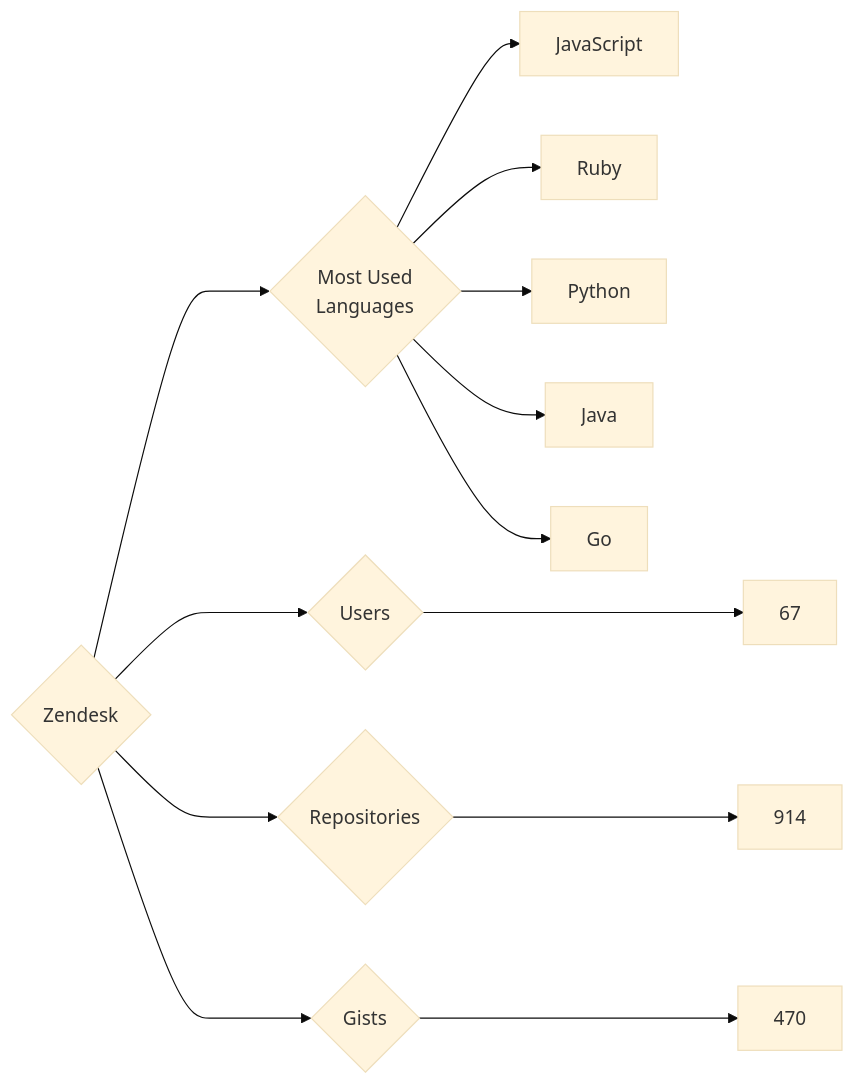
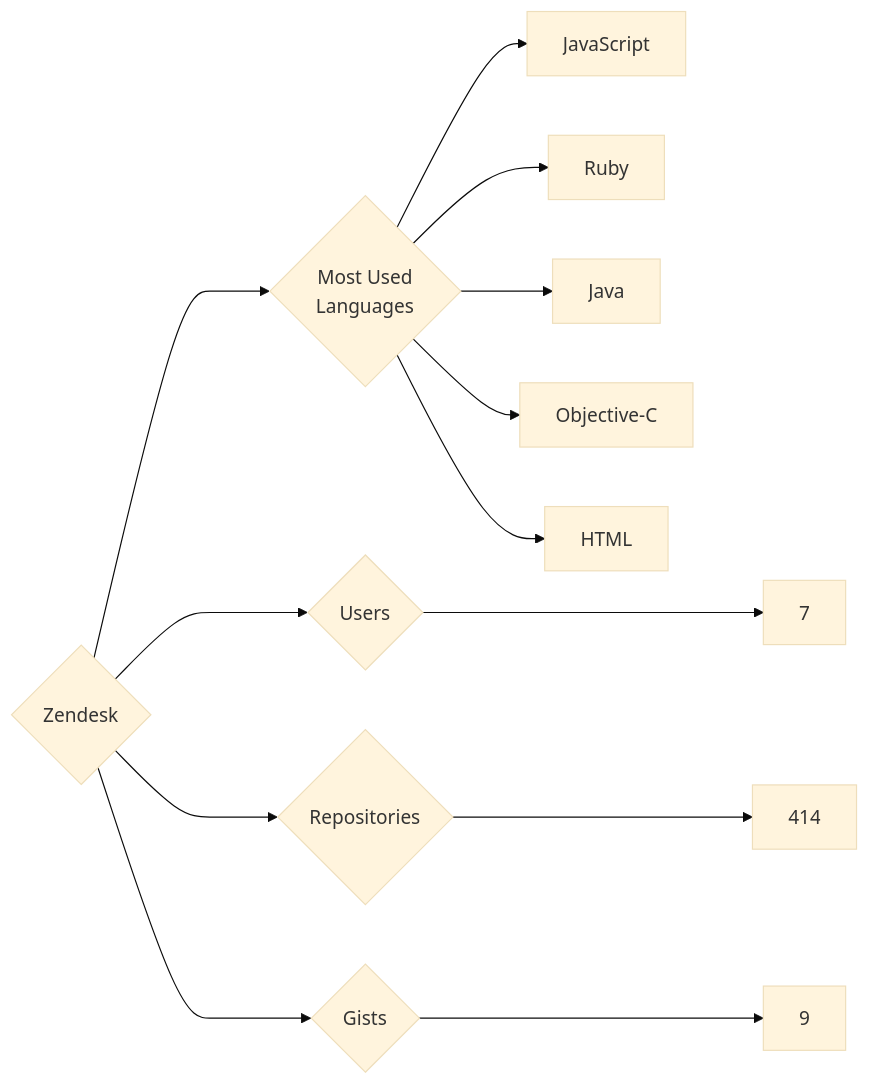
One commit to trickest/insiders changed the diagram in targets/Zendesk/README.md. Above: the diagram before and after it, drawn with Mermaid (base theme). The commit also changed 582 other files, not shown here.

````diff
--- a/targets/Zendesk/README.md
+++ b/targets/Zendesk/README.md
@@ -3,13 +3,13 @@
 ```mermaid
 graph LR
 COMPANY_NAME{Zendesk}
-COMPANY_NAME ---> U{Users} ---> UN[67]
-COMPANY_NAME ---> R{Repositories} ---> RN[914]
-COMPANY_NAME ---> G{Gists} ---> GN[470]
+COMPANY_NAME ---> U{Users} ---> UN[7]
+COMPANY_NAME ---> R{Repositories} ---> RN[414]
+COMPANY_NAME ---> G{Gists} ---> GN[9]
 COMPANY_NAME ---> ML{Most Used<br>Languages}
 ML --> JavaScript[JavaScript]
 ML --> Ruby[Ruby]
-ML --> Python[Python]
 ML --> Java[Java]
-ML --> Go[Go]
+ML --> Objective-C[Objective-C]
+ML --> HTML[HTML]
 ```
````
